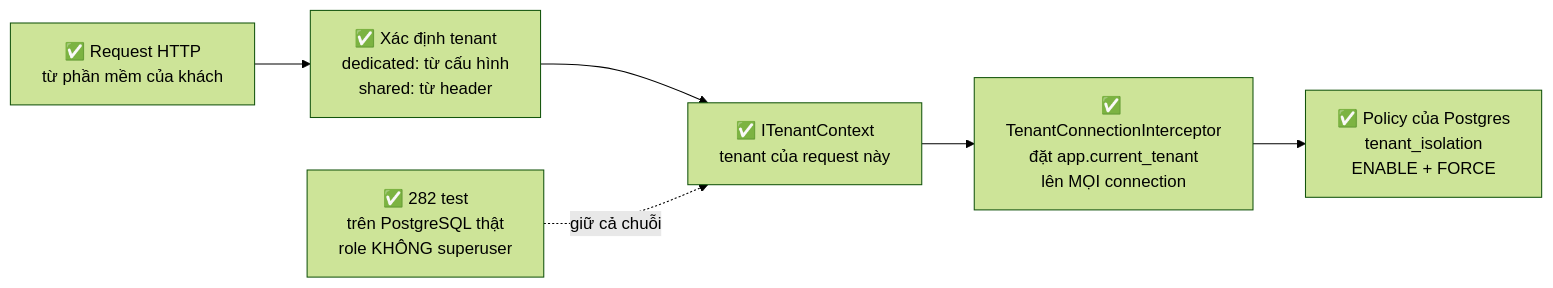
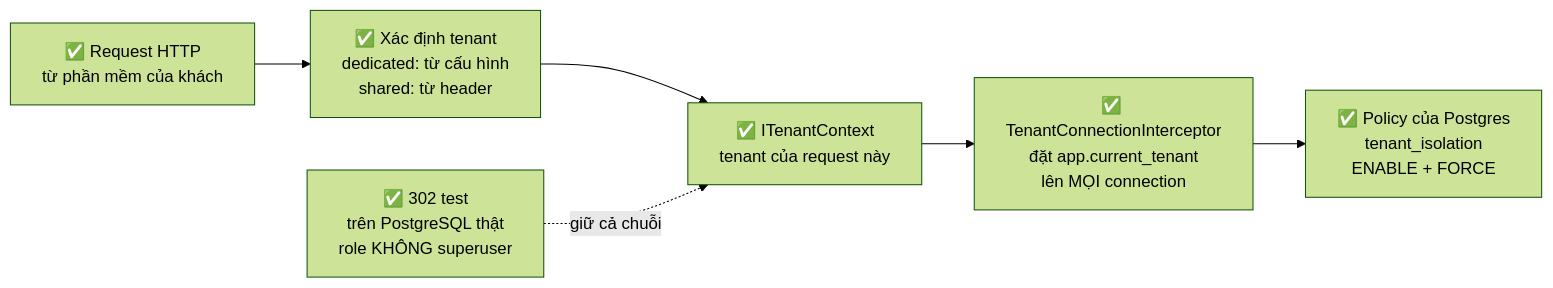
The fourth of 4 diagrams in README.md (pvanh2706/ai-operational-platform), drawn with Mermaid (forest theme) before and after one commit. The commit also changed other lines of this file and 21 other files, not shown here.

````diff
--- a/README.md
+++ b/README.md
@@ -432,11 +435,11 @@
 ```mermaid
 flowchart LR
     R["✅ Request HTTP<br/>từ phần mềm của khách"]
     M["✅ Xác định tenant<br/>dedicated: từ cấu hình<br/>shared: từ header"]
     A["✅ ITenantContext<br/>tenant của request này"]
     B["✅ TenantConnectionInterceptor<br/>đặt app.current_tenant<br/>lên MỌI connection"]
     C["✅ Policy của Postgres<br/>tenant_isolation<br/>ENABLE + FORCE"]
-    D["✅ 282 test<br/>trên PostgreSQL thật<br/>role KHÔNG superuser"]
+    D["✅ 302 test<br/>trên PostgreSQL thật<br/>role KHÔNG superuser"]
     R --> M --> A --> B --> C
     D -.->|giữ cả chuỗi| A
 ```
````
